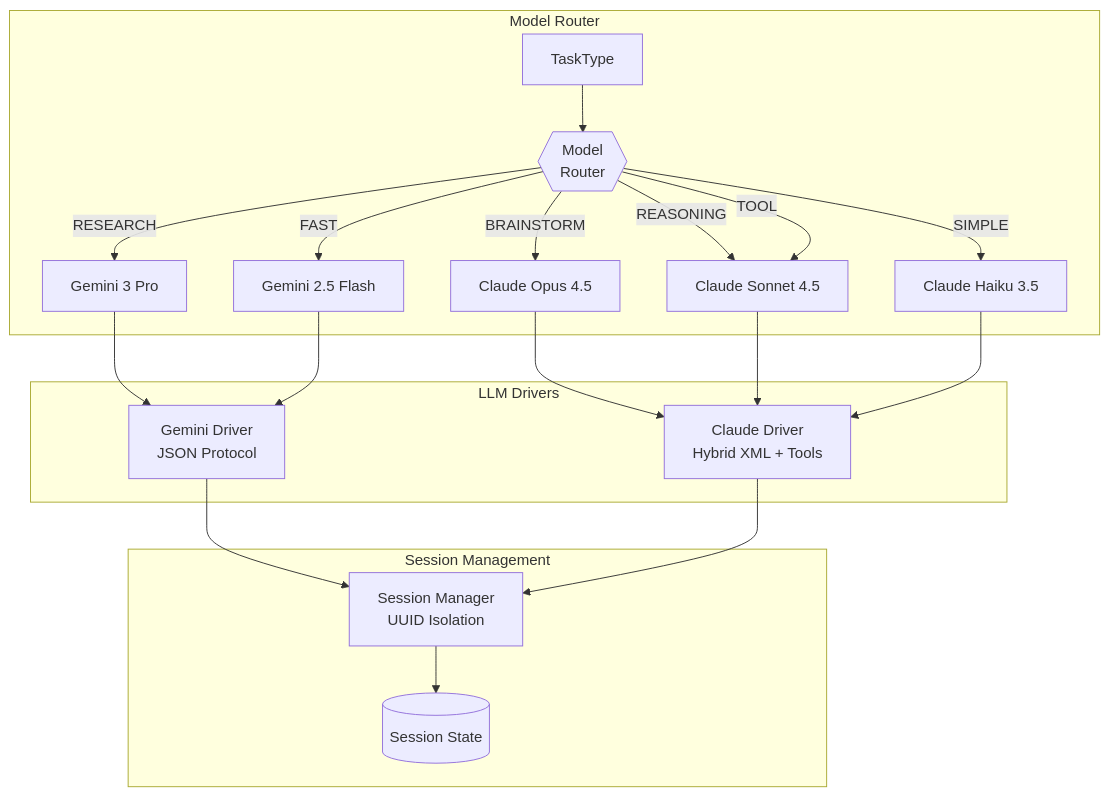
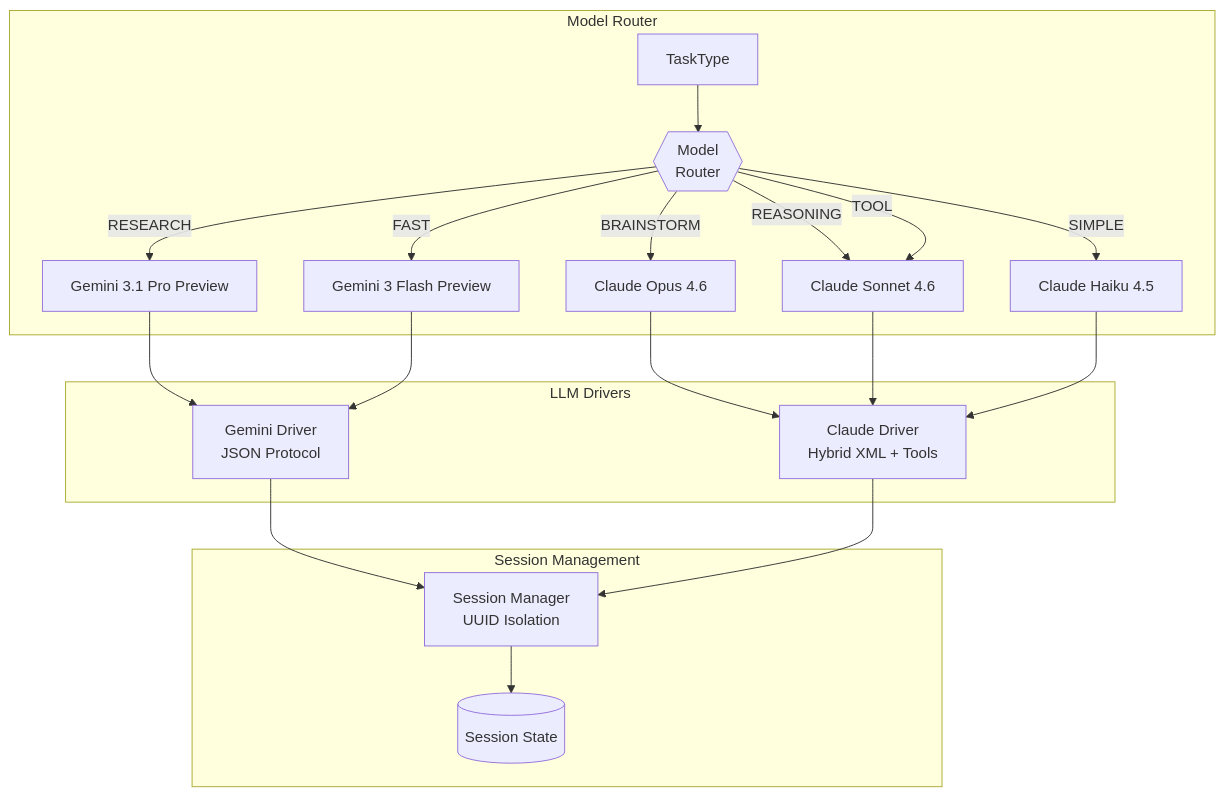
Before and after one commit to yannabadie/NEXUS: the fourth of 13 diagrams in docs/ARCHITECTURE_MAP_GENERATED.md, drawn with Mermaid. The commit also changed other lines of this file and 31 other files, not shown here.

````diff
--- a/docs/ARCHITECTURE_MAP_GENERATED.md
+++ b/docs/ARCHITECTURE_MAP_GENERATED.md
@@ -182,26 +182,26 @@
 ```mermaid
 graph TD
     subgraph Routing["Model Router"]
         TASK[TaskType] --> ROUTER{{Model<br/>Router}}
-        ROUTER -->|BRAINSTORM| OPUS[Claude Opus 4.5]
-        ROUTER -->|REASONING| SONNET[Claude Sonnet 4.5]
+        ROUTER -->|BRAINSTORM| OPUS[Claude Opus 4.6]
+        ROUTER -->|REASONING| SONNET[Claude Sonnet 4.6]
         ROUTER -->|TOOL| SONNET
-        ROUTER -->|SIMPLE| HAIKU[Claude Haiku 3.5]
-        ROUTER -->|RESEARCH| PRO[Gemini 3 Pro]
-        ROUTER -->|FAST| FLASH[Gemini 2.5 Flash]
+        ROUTER -->|SIMPLE| HAIKU[Claude Haiku 4.5]
+        ROUTER -->|RESEARCH| PRO[Gemini 3.1 Pro Preview]
+        ROUTER -->|FAST| FLASH[Gemini 3 Flash Preview]
     end
 
     subgraph Drivers["LLM Drivers"]
         OPUS --> CLAUDE_DRV[Claude Driver<br/>Hybrid XML + Tools]
         SONNET --> CLAUDE_DRV
         HAIKU --> CLAUDE_DRV
         PRO --> GEMINI_DRV[Gemini Driver<br/>JSON Protocol]
         FLASH --> GEMINI_DRV
     end
 
     subgraph Session["Session Management"]
         GEMINI_DRV --> SESS[Session Manager<br/>UUID Isolation]
         CLAUDE_DRV --> SESS
         SESS --> PERSIST[(Session State)]
     end
 ```
````
